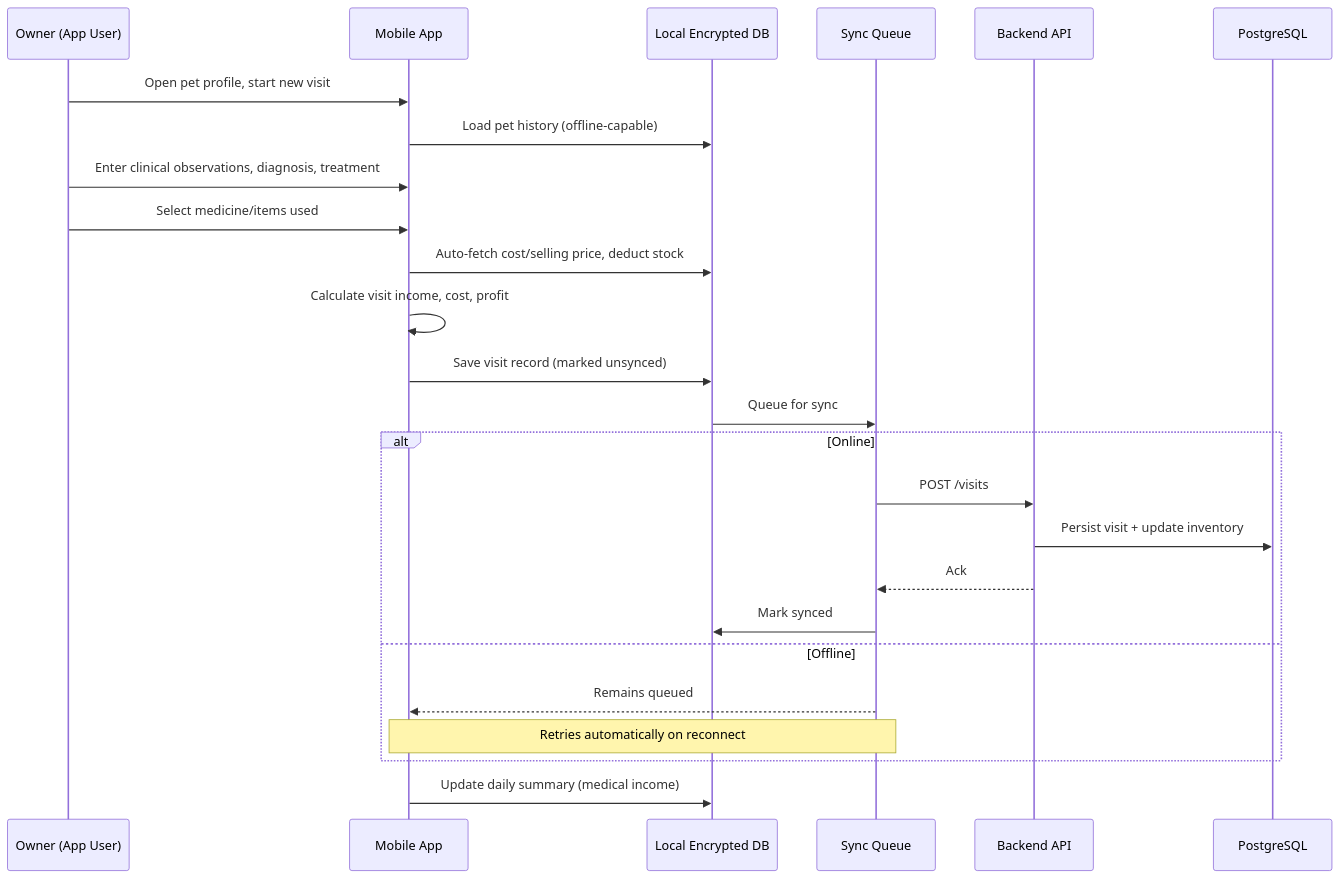
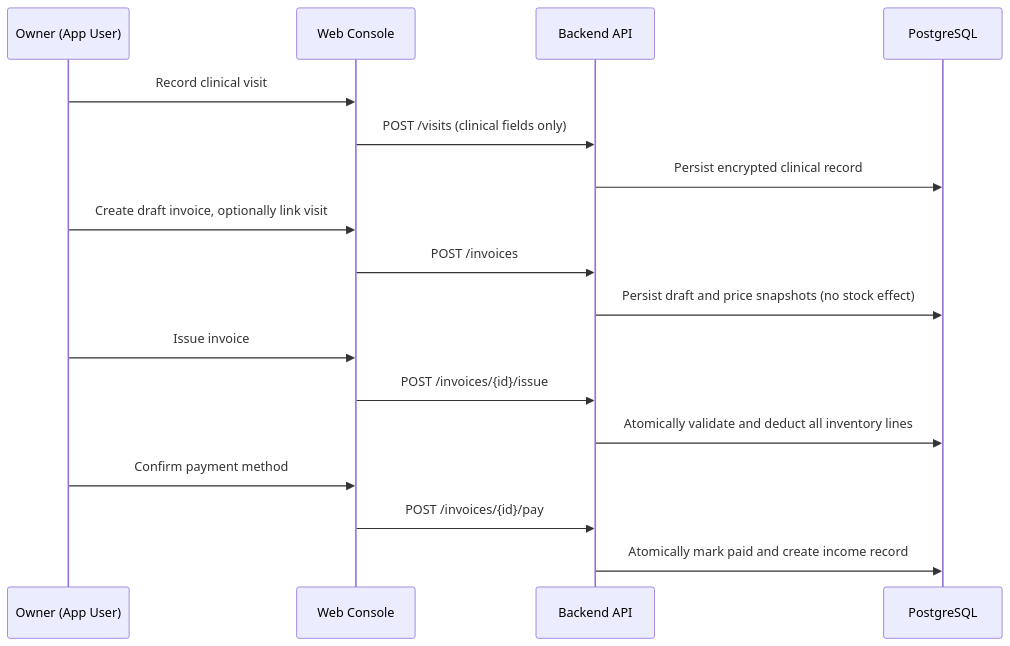
One commit to fandykun/cito-mobile changed the third of 5 diagrams in docs/erd.md. Above: the diagram before and after it, drawn with Mermaid. The commit also changed other lines of this file and 1 other file, not shown here.

First line of the commit message:
feat(web): add invoice management workflow

````diff
--- a/docs/erd.md
+++ b/docs/erd.md
@@ -224,28 +244,20 @@
 ```mermaid
 sequenceDiagram
     participant Owner as Owner (App User)
-    participant App as Mobile App
-    participant Local as Local Encrypted DB
-    participant Sync as Sync Queue
+    participant Web as Web Console
     participant API as Backend API
     participant DB as PostgreSQL
 
-    Owner->>App: Open pet profile, start new visit
-    App->>Local: Load pet history (offline-capable)
-    Owner->>App: Enter clinical observations, diagnosis, treatment
-    Owner->>App: Select medicine/items used
-    App->>Local: Auto-fetch cost/selling price, deduct stock
-    App->>App: Calculate visit income, cost, profit
-    App->>Local: Save visit record (marked unsynced)
-    Local->>Sync: Queue for sync
-    alt Online
-        Sync->>API: POST /visits
-        API->>DB: Persist visit + update inventory
-        API-->>Sync: Ack
-        Sync->>Local: Mark synced
-    else Offline
-        Sync-->>App: Remains queued
-        Note over App,Sync: Retries automatically on reconnect
-    end
-    App->>Local: Update daily summary (medical income)
+    Owner->>Web: Record clinical visit
+    Web->>API: POST /visits (clinical fields only)
+    API->>DB: Persist encrypted clinical record
+    Owner->>Web: Create draft invoice, optionally link visit
+    Web->>API: POST /invoices
+    API->>DB: Persist draft and price snapshots (no stock effect)
+    Owner->>Web: Issue invoice
+    Web->>API: POST /invoices/{id}/issue
+    API->>DB: Atomically validate and deduct all inventory lines
+    Owner->>Web: Confirm payment method
+    Web->>API: POST /invoices/{id}/pay
+    API->>DB: Atomically mark paid and create income record
 ```
````
